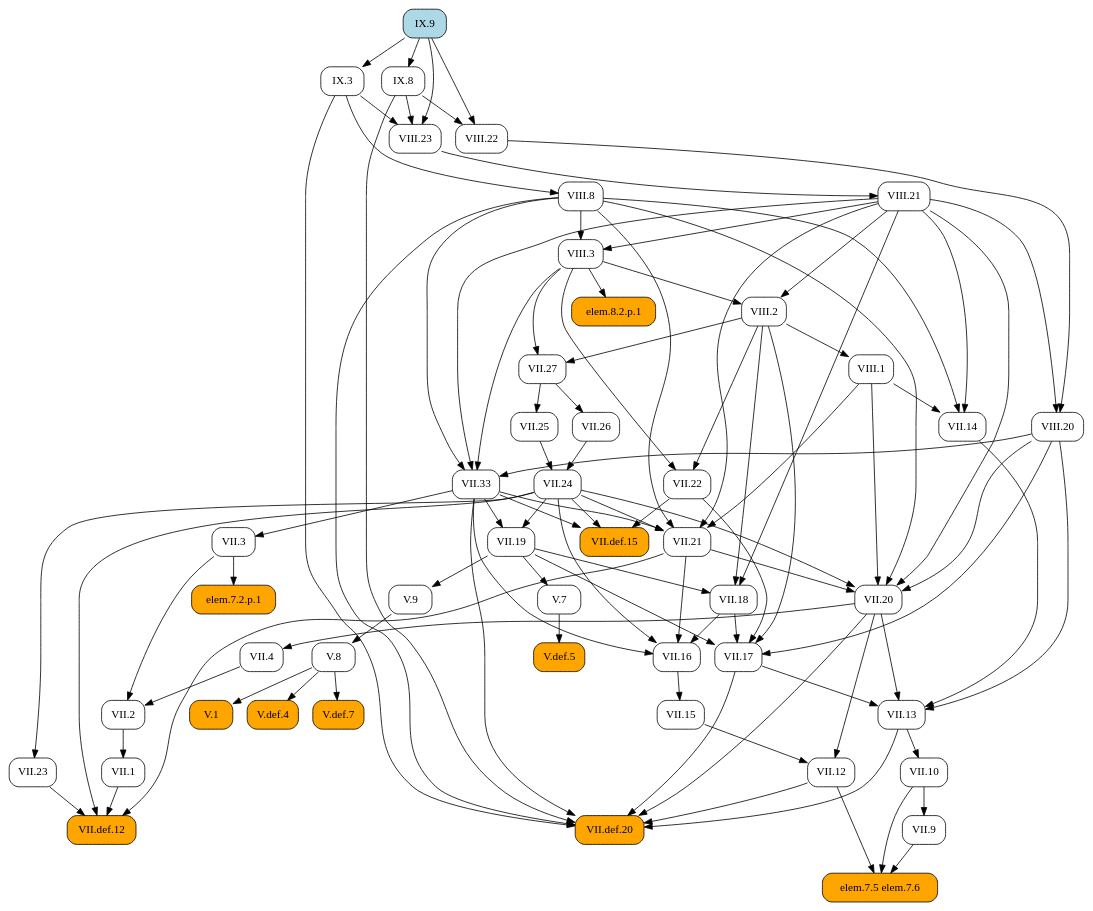
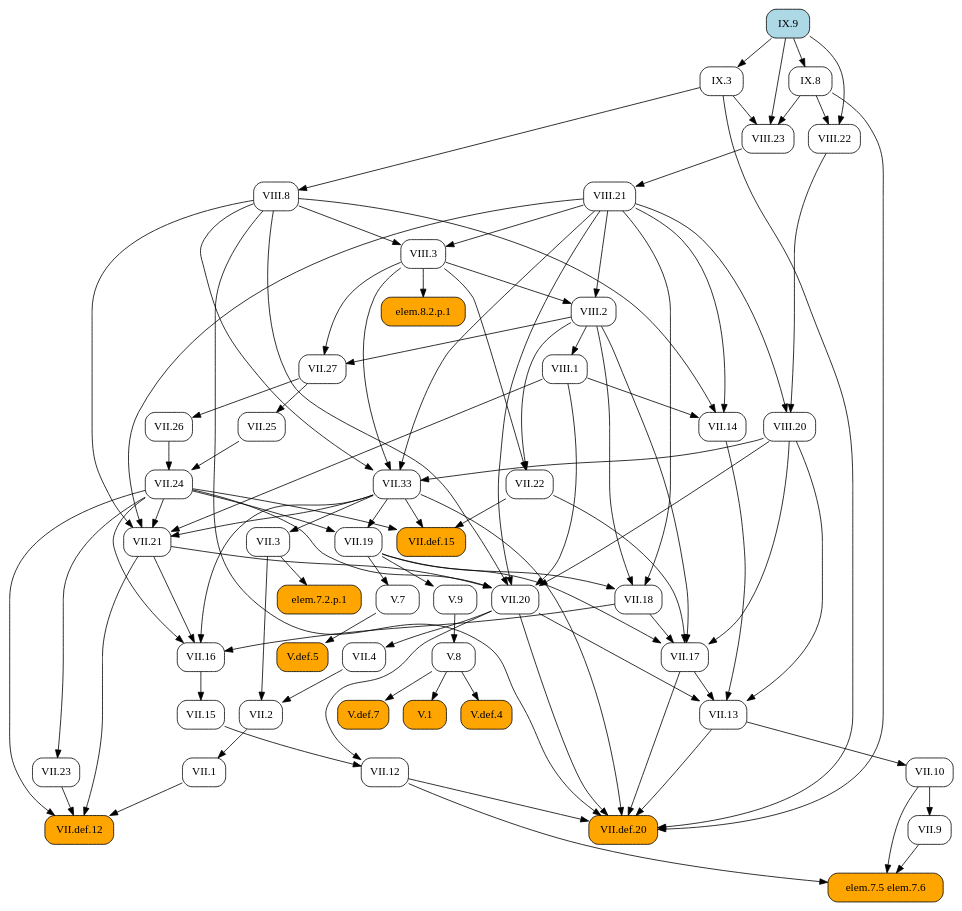
The diagram in docsrc/heath/IX/9/index.rst (geometor/elements), drawn with Graphviz before and after one commit. The commit also changed other lines of this file and 1029 other files, not shown here.

```diff
--- a/docsrc/heath/IX/9/index.rst
+++ b/docsrc/heath/IX/9/index.rst
@@ -52,92 +52,142 @@
    digraph {
      rankdir="TB";
      node [shape=box, style=rounded];
-     "V.1" [style="rounded,filled", fillcolor=orange, URL="/heath/V/1/", target="_top"];
+     "VII.1" [URL="/heath/VII/1/", target="_top"];
+     "VII.9" [URL="/heath/VII/9/", target="_top"];
+     "V.def.5" [style="rounded,filled", fillcolor=orange, URL="/heath/V/def.5/", target="_top"];
+     "VIII.23" [URL="/heath/VIII/23/", target="_top"];
+     "VII.17" [URL="/heath/VII/17/", target="_top"];
+     "VII.3" [URL="/heath/VII/3/", target="_top"];
+     "elem.7.5 elem.7.6" [style="rounded,filled", fillcolor=orange];
+     "VIII.21" [URL="/heath/VIII/21/", target="_top"];
+     "IX.3" [URL="/heath/IX/3/", target="_top"];
+     "V.7" [URL="/heath/V/7/", target="_top"];
+     "V.9" [URL="/heath/V/9/", target="_top"];
+     "VII.13" [URL="/heath/VII/13/", target="_top"];
+     "VII.2" [URL="/heath/VII/2/", target="_top"];
+     "VIII.1" [URL="/heath/VIII/1/", target="_top"];
+     "IX.9" [style="rounded,filled", fillcolor=lightblue, URL="/heath/IX/9/", target="_top"];
+     "VIII.2" [URL="/heath/VIII/2/", target="_top"];
+     "VII.12" [URL="/heath/VII/12/", target="_top"];
      "IX.8" [URL="/heath/IX/8/", target="_top"];
-     "VIII.21" [URL="/heath/VIII/21/", target="_top"];
-     "VII.12" [URL="/heath/VII/12/", target="_top"];
-     "VII.14" [URL="/heath/VII/14/", target="_top"];
-     "VII.13" [URL="/heath/VII/13/", target="_top"];
-     "VII.16" [URL="/heath/VII/16/", target="_top"];
-     "V.def.4" [style="rounded,filled", fillcolor=orange, URL="/heath/V/def.4/", target="_top"];
+     "VII.24" [URL="/heath/VII/24/", target="_top"];
+     "VII.def.12" [style="rounded,filled", fillcolor=orange, URL="/heath/VII/def.12/", target="_top"];
+     "V.8" [URL="/heath/V/8/", target="_top"];
+     "VII.33" [URL="/heath/VII/33/", target="_top"];
+     "VIII.22" [URL="/heath/VIII/22/", target="_top"];
+     "elem.7.2.p.1" [style="rounded,filled", fillcolor=orange];
+     "VII.10" [URL="/heath/VII/10/", target="_top"];
      "VII.def.15" [style="rounded,filled", fillcolor=orange, URL="/heath/VII/def.15/", target="_top"];
      "VII.18" [URL="/heath/VII/18/", target="_top"];
-     "V.8" [URL="/heath/V/8/", target="_top"];
+     "VII.19" [URL="/heath/VII/19/", target="_top"];
+     "VII.16" [URL="/heath/VII/16/", target="_top"];
+     "VII.26" [URL="/heath/VII/26/", target="_top"];
+     "VII.4" [URL="/heath/VII/4/", target="_top"];
+     "VII.25" [URL="/heath/VII/25/", target="_top"];
      "VII.21" [URL="/heath/VII/21/", target="_top"];
+     "V.1" [style="rounded,filled", fillcolor=orange, URL="/heath/V/1/", target="_top"];
+     "VII.20" [URL="/heath/VII/20/", target="_top"];
+     "VIII.8" [URL="/heath/VIII/8/", target="_top"];
+     "VII.14" [URL="/heath/VII/14/", target="_top"];
+     "VII.27" [URL="/heath/VII/27/", target="_top"];
+     "VIII.3" [URL="/heath/VIII/3/", target="_top"];
+     "V.def.4" [style="rounded,filled", fillcolor=orange, URL="/heath/V/def.4/", target="_top"];
+     "VII.22" [URL="/heath/VII/22/", target="_top"];
      "VIII.20" [URL="/heath/VIII/20/", target="_top"];
-     "V.7" [URL="/heath/V/7/", target="_top"];
-     "VII.def.12" [style="rounded,filled", fillcolor=orange, URL="/heath/VII/def.12/", target="_top"];
+     "V.def.7" [style="rounded,filled", fillcolor=orange, URL="/heath/V/def.7/", target="_top"];
+     "VII.23" [URL="/heath/VII/23/", target="_top"];
      "VII.15" [URL="/heath/VII/15/", target="_top"];
-     "VII.2" [URL="/heath/VII/2/", target="_top"];
      "VII.def.20" [style="rounded,filled", fillcolor=orange, URL="/heath/VII/def.20/", target="_top"];
-     "VII.3" [URL="/heath/VII/3/", target="_top"];
-     "elem.7.5 elem.7.6" [style="rounded,filled", fillcolor=orange];
      "elem.8.2.p.1" [style="rounded,filled", fillcolor=orange];
-     "VII.10" [URL="/heath/VII/10/", target="_top"];
-     "VIII.23" [URL="/heath/VIII/23/", target="_top"];
-     "V.def.7" [style="rounded,filled", fillcolor=orange, URL="/heath/V/def.7/", target="_top"];
-     "VII.20" [URL="/heath/VII/20/", target="_top"];
-     "IX.3" [URL="/heath/IX/3/", target="_top"];
-     "VII.9" [URL="/heath/VII/9/", target="_top"];
-     "VIII.1" [URL="/heath/VIII/1/", target="_top"];
-     "VII.25" [URL="/heath/VII/25/", target="_top"];
-     "VII.23" [URL="/heath/VII/23/", target="_top"];
-     "VIII.8" [URL="/heath/VIII/8/", target="_top"];
-     "VII.27" [URL="/heath/VII/27/", target="_top"];
-     "VIII.2" [URL="/heath/VIII/2/", target="_top"];
-     "VII.24" [URL="/heath/VII/24/", target="_top"];
-     "VIII.3" [URL="/heath/VIII/3/", target="_top"];
-     "VII.19" [URL="/heath/VII/19/", target="_top"];
-     "VII.4" [URL="/heath/VII/4/", target="_top"];
-     "elem.7.2.p.1" [style="rounded,filled", fillcolor=orange];
-     "V.9" [URL="/heath/V/9/", target="_top"];
-     "VII.26" [URL="/heath/VII/26/", target="_top"];
-     "VIII.22" [URL="/heath/VIII/22/", target="_top"];
-     "VII.1" [URL="/heath/VII/1/", target="_top"];
-     "VII.22" [URL="/heath/VII/22/", target="_top"];
-     "IX.9" [style="rounded,filled", fillcolor=lightblue, URL="/heath/IX/9/", target="_top"];
-     "VII.33" [URL="/heath/VII/33/", target="_top"];
-     "V.def.5" [style="rounded,filled", fillcolor=orange, URL="/heath/V/def.5/", target="_top"];
-     "VII.17" [URL="/heath/VII/17/", target="_top"];
-     "V.8" -> "V.1";
-     "IX.9" -> "IX.8";
+     "VII.2" -> "VII.1";
+     "VII.10" -> "VII.9";
+     "V.7" -> "V.def.5";
+     "IX.3" -> "VIII.23";
+     "IX.8" -> "VIII.23";
+     "IX.9" -> "VIII.23";
+     "VII.18" -> "VII.17";
+     "VII.19" -> "VII.17";
+     "VII.22" -> "VII.17";
+     "VIII.2" -> "VII.17";
+     "VIII.20" -> "VII.17";
+     "VII.33" -> "VII.3";
+     "VII.9" -> "elem.7.5 elem.7.6";
+     "VII.10" -> "elem.7.5 elem.7.6";
+     "VII.12" -> "elem.7.5 elem.7.6";
      "VIII.23" -> "VIII.21";
-     "VII.15" -> "VII.12";
-     "VII.20" -> "VII.12";
-     "VIII.1" -> "VII.14";
-     "VIII.8" -> "VII.14";
-     "VIII.21" -> "VII.14";
+     "IX.9" -> "IX.3";
+     "VII.19" -> "V.7";
+     "VII.19" -> "V.9";
      "VII.14" -> "VII.13";
      "VII.17" -> "VII.13";
      "VII.20" -> "VII.13";
      "VIII.20" -> "VII.13";
-     "VII.18" -> "VII.16";
-     "VII.21" -> "VII.16";
-     "VII.24" -> "VII.16";
-     "VII.33" -> "VII.16";
-     "V.8" -> "V.def.4";
+     "VII.3" -> "VII.2";
+     "VII.4" -> "VII.2";
+     "VIII.2" -> "VIII.1";
+     "VIII.3" -> "VIII.2";
+     "VIII.21" -> "VIII.2";
+     "VII.15" -> "VII.12";
+     "VII.20" -> "VII.12";
+     "IX.9" -> "IX.8";
+     "VII.25" -> "VII.24";
+     "VII.26" -> "VII.24";
+     "VII.1" -> "VII.def.12";
+     "VII.21" -> "VII.def.12";
+     "VII.23" -> "VII.def.12";
+     "VII.24" -> "VII.def.12";
+     "V.9" -> "V.8";
+     "VIII.3" -> "VII.33";
+     "VIII.8" -> "VII.33";
+     "VIII.20" -> "VII.33";
+     "VIII.21" -> "VII.33";
+     "IX.8" -> "VIII.22";
+     "IX.9" -> "VIII.22";
+     "VII.3" -> "elem.7.2.p.1";
+     "VII.13" -> "VII.10";
      "VII.22" -> "VII.def.15";
      "VII.24" -> "VII.def.15";
      "VII.33" -> "VII.def.15";
      "VII.19" -> "VII.18";
      "VIII.2" -> "VII.18";
      "VIII.21" -> "VII.18";
-     "V.9" -> "V.8";
+     "VII.24" -> "VII.19";
+     "VII.33" -> "VII.19";
+     "VII.18" -> "VII.16";
+     "VII.21" -> "VII.16";
+     "VII.24" -> "VII.16";
+     "VII.33" -> "VII.16";
+     "VII.27" -> "VII.26";
+     "VII.20" -> "VII.4";
+     "VII.27" -> "VII.25";
      "VII.24" -> "VII.21";
      "VII.33" -> "VII.21";
      "VIII.1" -> "VII.21";
      "VIII.8" -> "VII.21";
      "VIII.21" -> "VII.21";
+     "V.8" -> "V.1";
+     "VII.21" -> "VII.20";
+     "VII.24" -> "VII.20";
+     "VIII.1" -> "VII.20";
+     "VIII.8" -> "VII.20";
+     "VIII.20" -> "VII.20";
+     "VIII.21" -> "VII.20";
+     "IX.3" -> "VIII.8";
+     "VIII.1" -> "VII.14";
+     "VIII.8" -> "VII.14";
+     "VIII.21" -> "VII.14";
+     "VIII.2" -> "VII.27";
+     "VIII.3" -> "VII.27";
+     "VIII.8" -> "VIII.3";
+     "VIII.21" -> "VIII.3";
+     "V.8" -> "V.def.4";
+     "VIII.2" -> "VII.22";
+     "VIII.3" -> "VII.22";
      "VIII.21" -> "VIII.20";
      "VIII.22" -> "VIII.20";
-     "VII.19" -> "V.7";
-     "VII.1" -> "VII.def.12";
-     "VII.21" -> "VII.def.12";
-     "VII.23" -> "VII.def.12";
-     "VII.24" -> "VII.def.12";
+     "V.8" -> "V.def.7";
+     "VII.24" -> "VII.23";
      "VII.16" -> "VII.15";
-     "VII.3" -> "VII.2";
-     "VII.4" -> "VII.2";
      "VII.12" -> "VII.def.20";
      "VII.13" -> "VII.def.20";
      "VII.17" -> "VII.def.20";
@@ -146,55 +196,5 @@
      "VIII.8" -> "VII.def.20";
      "IX.3" -> "VII.def.20";
      "IX.8" -> "VII.def.20";
-     "VII.33" -> "VII.3";
-     "VII.9" -> "elem.7.5 elem.7.6";
-     "VII.10" -> "elem.7.5 elem.7.6";
-     "VII.12" -> "elem.7.5 elem.7.6";
      "VIII.3" -> "elem.8.2.p.1";
-     "VII.13" -> "VII.10";
-     "IX.3" -> "VIII.23";
-     "IX.8" -> "VIII.23";
-     "IX.9" -> "VIII.23";
-     "V.8" -> "V.def.7";
-     "VII.21" -> "VII.20";
-     "VII.24" -> "VII.20";
-     "VIII.1" -> "VII.20";
-     "VIII.8" -> "VII.20";
-     "VIII.20" -> "VII.20";
-     "VIII.21" -> "VII.20";
-     "IX.9" -> "IX.3";
-     "VII.10" -> "VII.9";
-     "VIII.2" -> "VIII.1";
-     "VII.27" -> "VII.25";
-     "VII.24" -> "VII.23";
-     "IX.3" -> "VIII.8";
-     "VIII.2" -> "VII.27";
-     "VIII.3" -> "VII.27";
-     "VIII.3" -> "VIII.2";
-     "VIII.21" -> "VIII.2";
-     "VII.25" -> "VII.24";
-     "VII.26" -> "VII.24";
-     "VIII.8" -> "VIII.3";
-     "VIII.21" -> "VIII.3";
-     "VII.24" -> "VII.19";
-     "VII.33" -> "VII.19";
-     "VII.20" -> "VII.4";
-     "VII.3" -> "elem.7.2.p.1";
-     "VII.19" -> "V.9";
-     "VII.27" -> "VII.26";
-     "IX.8" -> "VIII.22";
-     "IX.9" -> "VIII.22";
-     "VII.2" -> "VII.1";
-     "VIII.2" -> "VII.22";
-     "VIII.3" -> "VII.22";
-     "VIII.3" -> "VII.33";
-     "VIII.8" -> "VII.33";
-     "VIII.20" -> "VII.33";
-     "VIII.21" -> "VII.33";
-     "V.7" -> "V.def.5";
-     "VII.18" -> "VII.17";
-     "VII.19" -> "VII.17";
-     "VII.22" -> "VII.17";
-     "VIII.2" -> "VII.17";
-     "VIII.20" -> "VII.17";
    }
```
